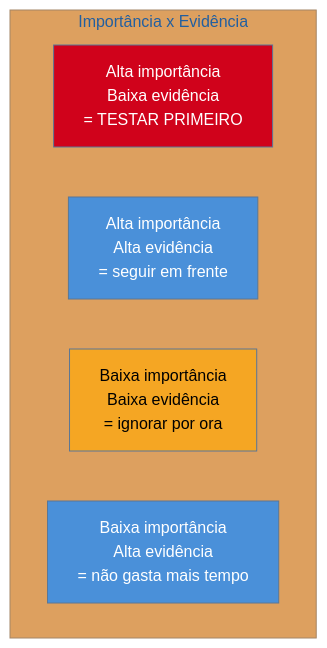
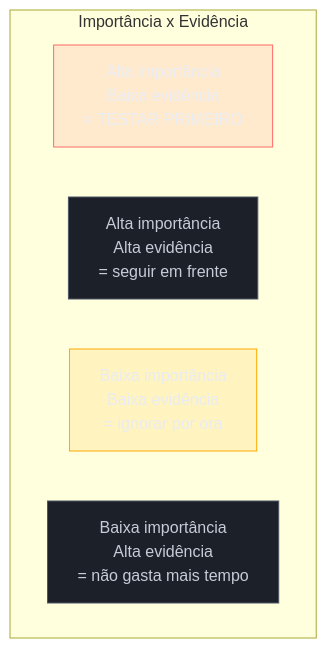
The diagram in 03-Dominios/Engenharia/UX/Descoberta e Pesquisa/11 - Assumption mapping.md (josenaldo/codex-technomanticus), drawn with Mermaid before and after one commit. The commit also changed 1181 other files, not shown here.

First line of the commit message:
fix(diagramas): paleta do sistema no lugar de cor cravada no markdown

````diff
--- a/03-Dominios/Engenharia/UX/Descoberta e Pesquisa/11 - Assumption mapping.md
+++ b/03-Dominios/Engenharia/UX/Descoberta e Pesquisa/11 - Assumption mapping.md
@@ -37,15 +37,17 @@
 ```mermaid
-%%{init: {"theme": "base", "themeVariables": {"primaryColor": "#4A90D9"}}}%%
 graph TD
+    classDef falha fill:#FF6B6B24,stroke:#FF6B6B,color:#E9ECF2
+    classDef neutro fill:#1B2029,stroke:#4E5666,color:#C6CCD8
+    classDef destaque fill:#FFAA0024,stroke:#FFAA00,color:#E9ECF2
     subgraph Q["Importância x Evidência"]
         direction LR
         A["Alta importância<br/>Baixa evidência<br/>= TESTAR PRIMEIRO"]
         B["Alta importância<br/>Alta evidência<br/>= seguir em frente"]
         C["Baixa importância<br/>Baixa evidência<br/>= ignorar por ora"]
         D["Baixa importância<br/>Alta evidência<br/>= não gasta mais tempo"]
     end
-    style A fill:#D0021B,color:#fff
-    style B fill:#4A90D9,color:#fff
-    style C fill:#F5A623,color:#000
-    style D fill:#4A90D9,color:#fff
+    class A falha
+    class B neutro
+    class C destaque
+    class D neutro
 ```
````
